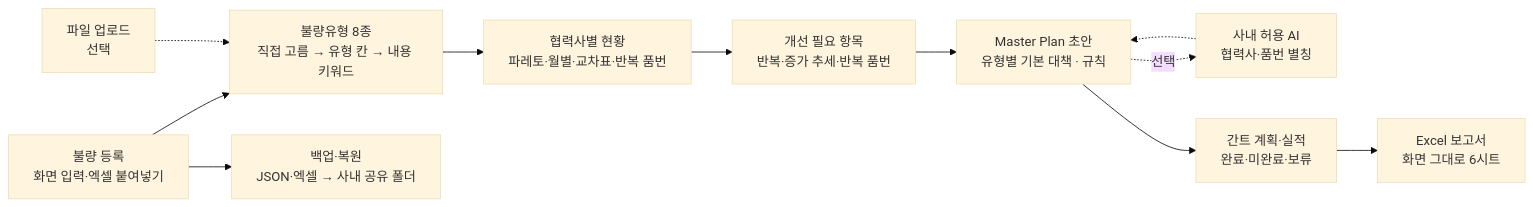
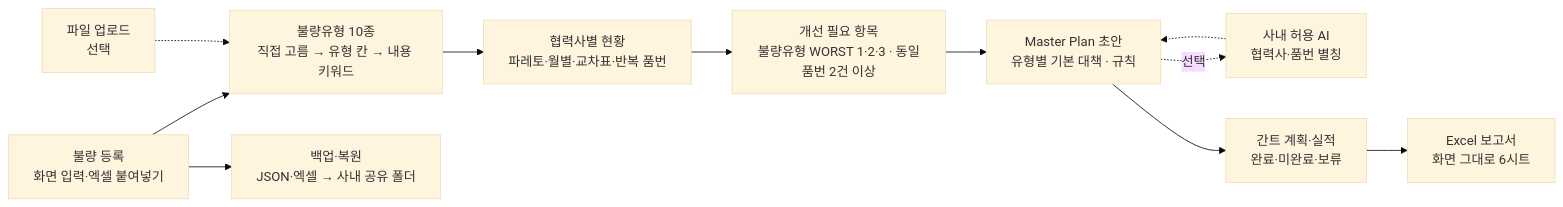
Before and after one commit to aebonlee/data10-00: the first of 2 diagrams in view/data10-07/plan.md, drawn with Mermaid (base theme). The commit also changed other lines of this file and 1 other file, not shown here.

````diff
--- a/view/data10-07/plan.md
+++ b/view/data10-07/plan.md
@@ -54,13 +54,13 @@
 ```mermaid
 flowchart LR
-  E[불량 등록<br/>화면 입력·엑셀 붙여넣기] --> C[불량유형 8종<br/>직접 고름 → 유형 칸 → 내용 키워드]
+  E[불량 등록<br/>화면 입력·엑셀 붙여넣기] --> C[불량유형 10종<br/>직접 고름 → 유형 칸 → 내용 키워드]
   U[파일 업로드<br/>선택] -.-> C
   C --> A[협력사별 현황<br/>파레토·월별·교차표·반복 품번]
-  A --> I[개선 필요 항목<br/>반복·증가 추세·반복 품번]
+  A --> I[개선 필요 항목<br/>불량유형 WORST 1·2·3 · 동일품번 2건 이상]
   I --> D[Master Plan 초안<br/>유형별 기본 대책 · 규칙]
   D -.선택.-> AI[사내 허용 AI<br/>협력사·품번 별칭]
   AI -.-> D
   D --> G[간트 계획·실적<br/>완료·미완료·보류]
   G --> R[Excel 보고서<br/>화면 그대로 6시트]
   E --> B[백업·복원<br/>JSON·엑셀 → 사내 공유 폴더]
 ```
````
